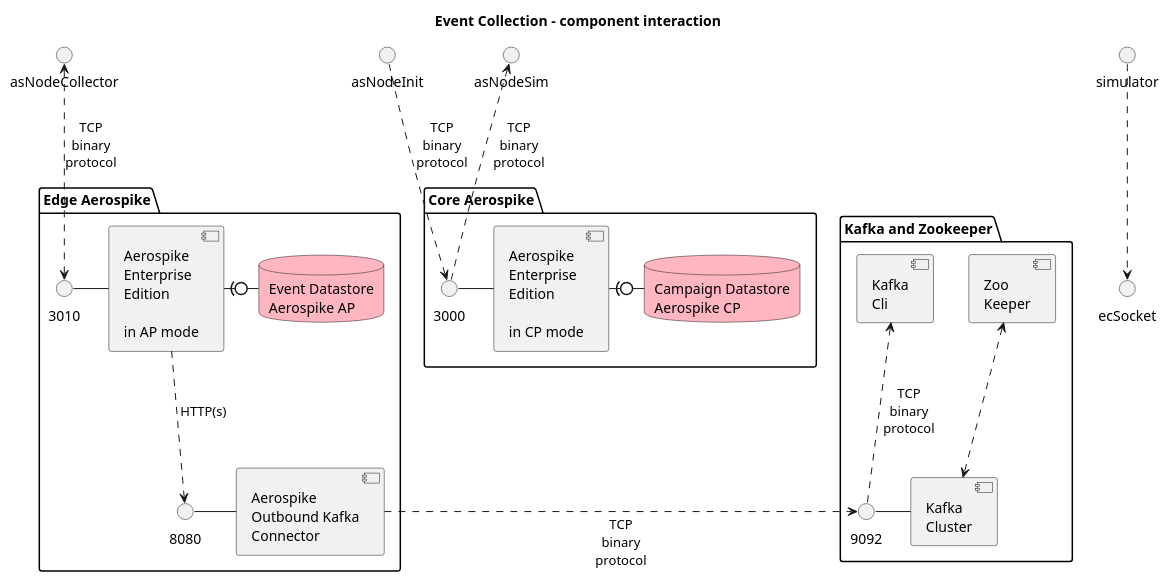
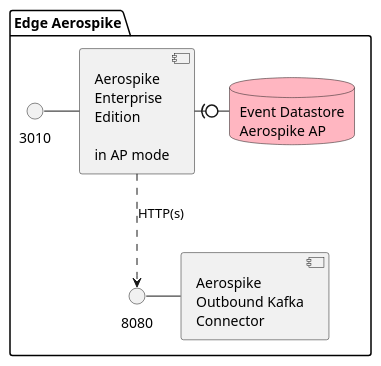
One commit to helipilot50/real-time-reporting-aerospike-kafka changed the diagram in architecture/edge-component-detail.puml. Above: the diagram before and after it, drawn with PlantUML.

Commit message:
no message

```diff
--- a/architecture/edge-component-detail.puml
+++ b/architecture/edge-component-detail.puml
@@ -1,48 +1,21 @@
 @startuml
 skinparam componentStyle uml2
-
-title Event Collection - component interaction
-
-
 
 package "Edge Aerospike" {
     () "3010" as aseSocket
     component "Aerospike\nEnterprise\nEdition\n\nin AP mode" as asEdge
     aseSocket - asEdge
     database "Event Datastore\nAerospike AP" as edgeEUuk #LightPink
     asEdge -r(0- edgeEUuk
     
     () "8080" as asOutbound
     component [Aerospike\nOutbound Kafka\nConnector] as asKafka
     asOutbound - asKafka
     asEdge ..> asOutbound: HTTP(s)
 }
 
-package "Core Aerospike" {
-    () "3000" as ascSocket
-    component "Aerospike\nEnterprise\nEdition\n\nin CP mode" as asCore
-    ascSocket - asCore
-    database "Campaign Datastore\nAerospike CP" as core #LightPink
-    asCore -r(0- core
-}
 
-package "Kafka and Zookeeper" {
-    component [Kafka\nCli] as kafCli
-    () "9092" as kafClient
-    component [Kafka\nCluster] as kafCluster
-    kafClient - kafCluster
-
-    component [Zoo\nKeeper] as zookeeper
-}
-
-asNodeInit ..> ascSocket: TCP\nbinary\nprotocol
-asNodeSim <.. ascSocket: TCP\nbinary\nprotocol
-asNodeCollector <..> aseSocket: TCP\nbinary\nprotocol
-asKafka .r.> kafClient: TCP\nbinary\nprotocol
-zookeeper <..> kafCluster
-simulator ..> ecSocket
-kafCli <.. kafClient: TCP\nbinary\nprotocol
 
 
 
 @enduml
```
